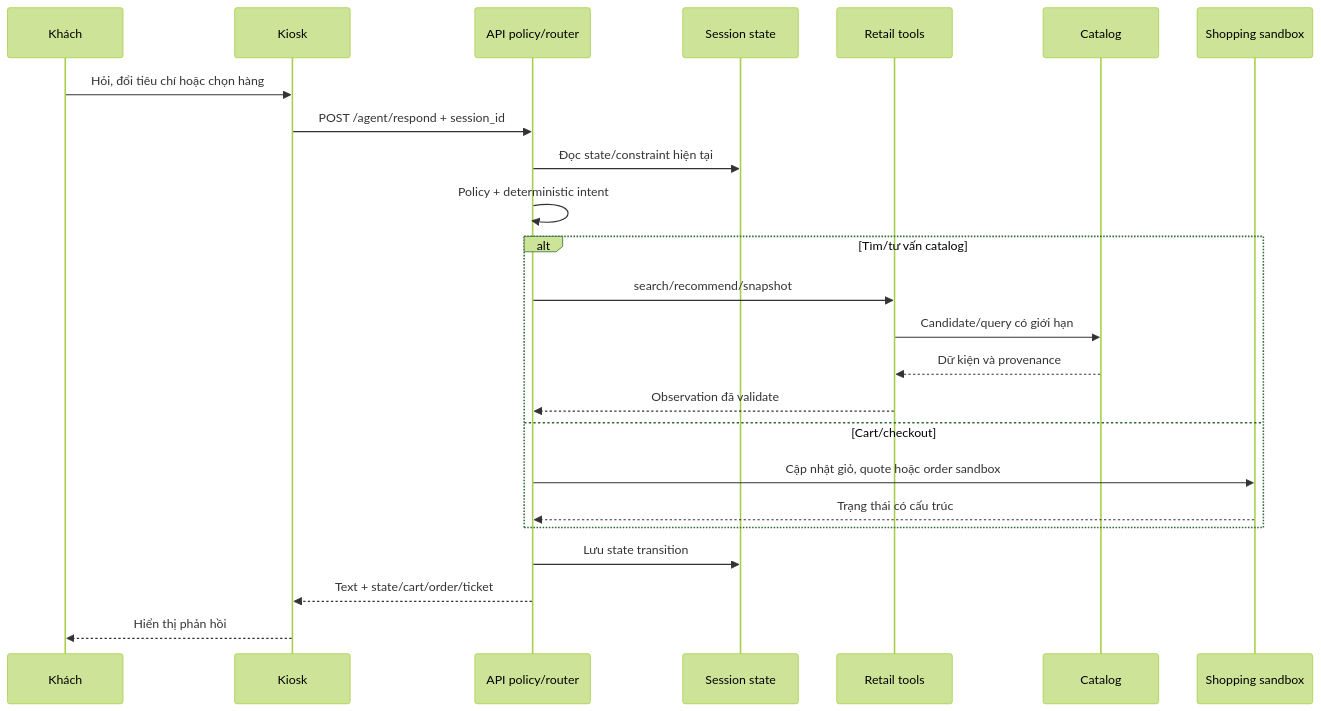
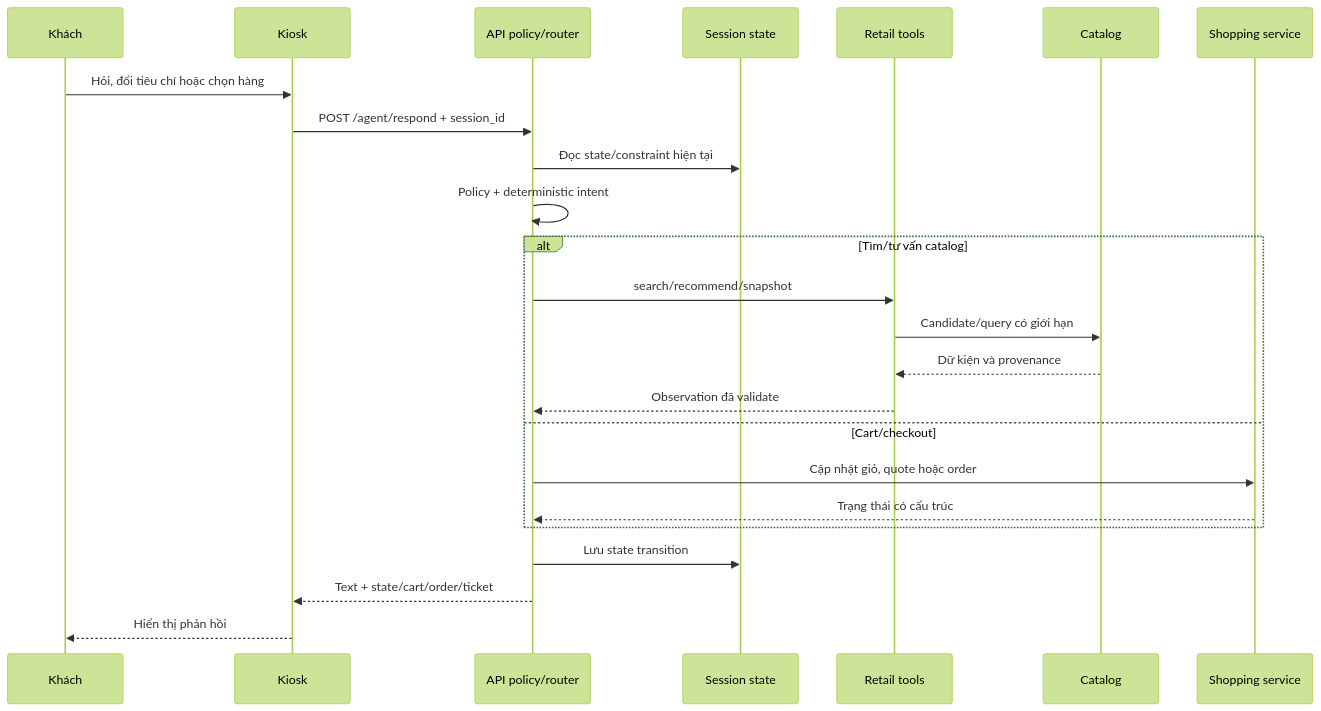
One commit to chinhdz102/Retail-AI- changed the third of 3 diagrams in docs/reports/retail-ai-optimization-report.md. Above: the diagram before and after it, drawn with Mermaid (forest theme). The commit also changed other lines of this file and 83 other files, not shown here.

```diff
--- a/docs/reports/retail-ai-optimization-report.md
+++ b/docs/reports/retail-ai-optimization-report.md
@@ -144,26 +144,26 @@
 ~~~mermaid
 sequenceDiagram
   participant C as Khách
   participant K as Kiosk
   participant A as API policy/router
   participant S as Session state
   participant T as Retail tools
   participant D as Catalog
-  participant H as Shopping sandbox
+  participant H as Shopping service
   C->>K: Hỏi, đổi tiêu chí hoặc chọn hàng
   K->>A: POST /agent/respond + session_id
   A->>S: Đọc state/constraint hiện tại
   A->>A: Policy + deterministic intent
   alt Tìm/tư vấn catalog
     A->>T: search/recommend/snapshot
     T->>D: Candidate/query có giới hạn
     D-->>T: Dữ kiện và provenance
     T-->>A: Observation đã validate
   else Cart/checkout
-    A->>H: Cập nhật giỏ, quote hoặc order sandbox
+    A->>H: Cập nhật giỏ, quote hoặc order
     H-->>A: Trạng thái có cấu trúc
   end
   A->>S: Lưu state transition
   A-->>K: Text + state/cart/order/ticket
   K-->>C: Hiển thị phản hồi
 ~~~
```
